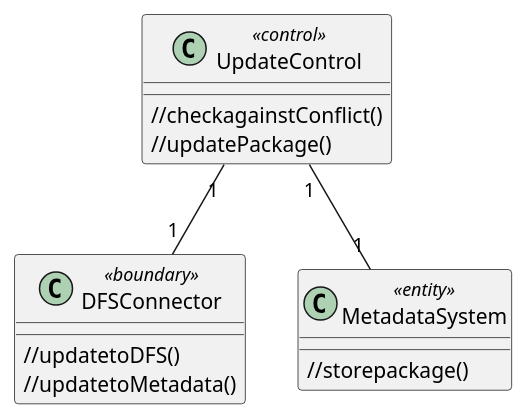
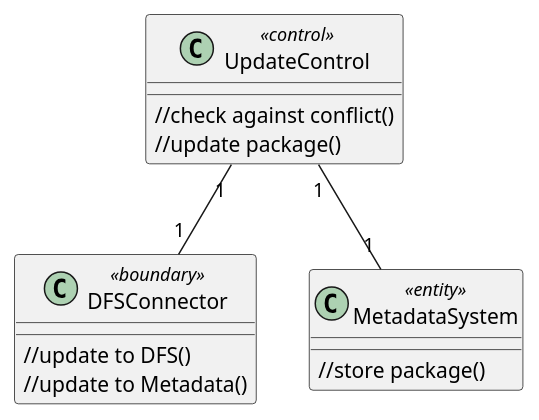
One commit to McSinyx/ipppi changed the sixth of 6 diagrams in source/solution/use-case-analysis.rst. Above: the diagram before and after it, drawn with PlantUML.

Commit message:
update update

```diff
--- a/source/solution/use-case-analysis.rst
+++ b/source/solution/use-case-analysis.rst
@@ -161,18 +161,18 @@
 .. uml::
 
    class DFSConnector <<boundary>> {
-      //updatetoDFS()
-      //updatetoMetadata()
+      //update to DFS()
+      //update to Metadata()
    }
 
    class UpdateControl <<control>> {
-      //checkagainstConflict()
-      //updatePackage()
+      //check against conflict()
+      //update package()
    }
 
    class MetadataSystem <<entity>> {
-      //storepackage()
+      //store package()
    }
 
    UpdateControl "1" -- "1" DFSConnector
    UpdateControl "1" -- "1" MetadataSystem
```
